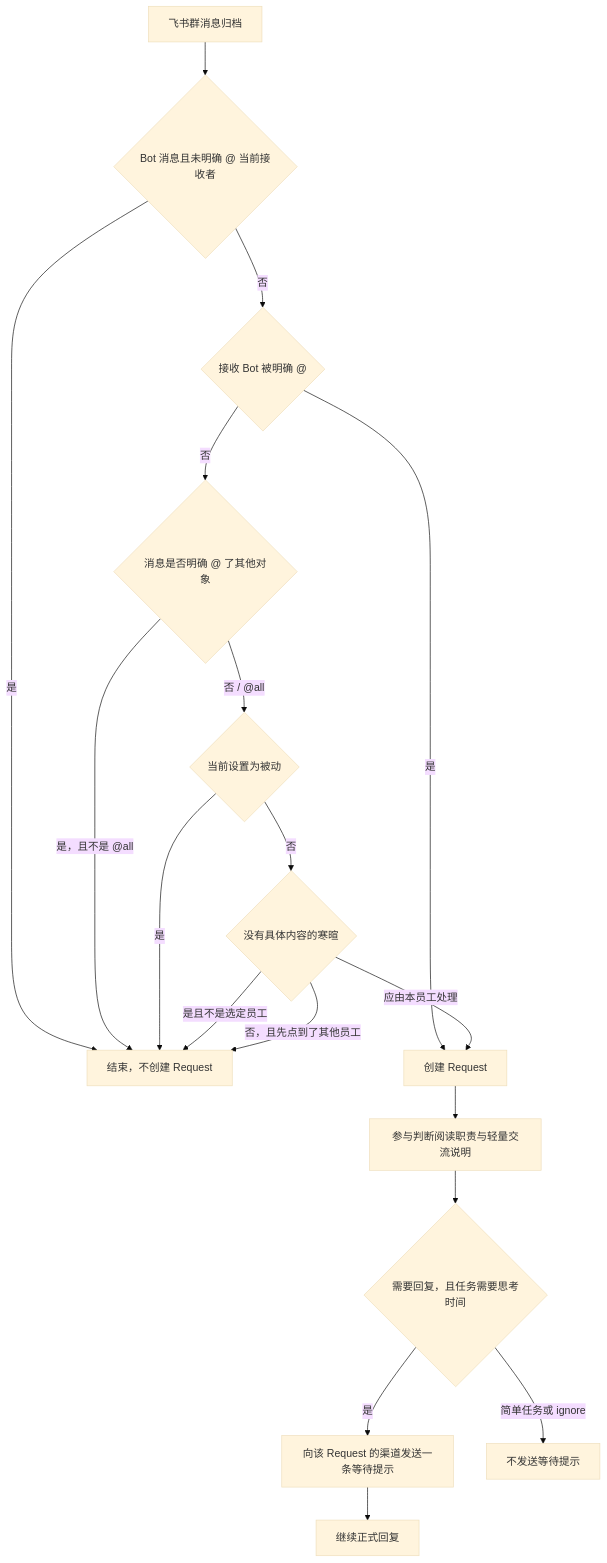
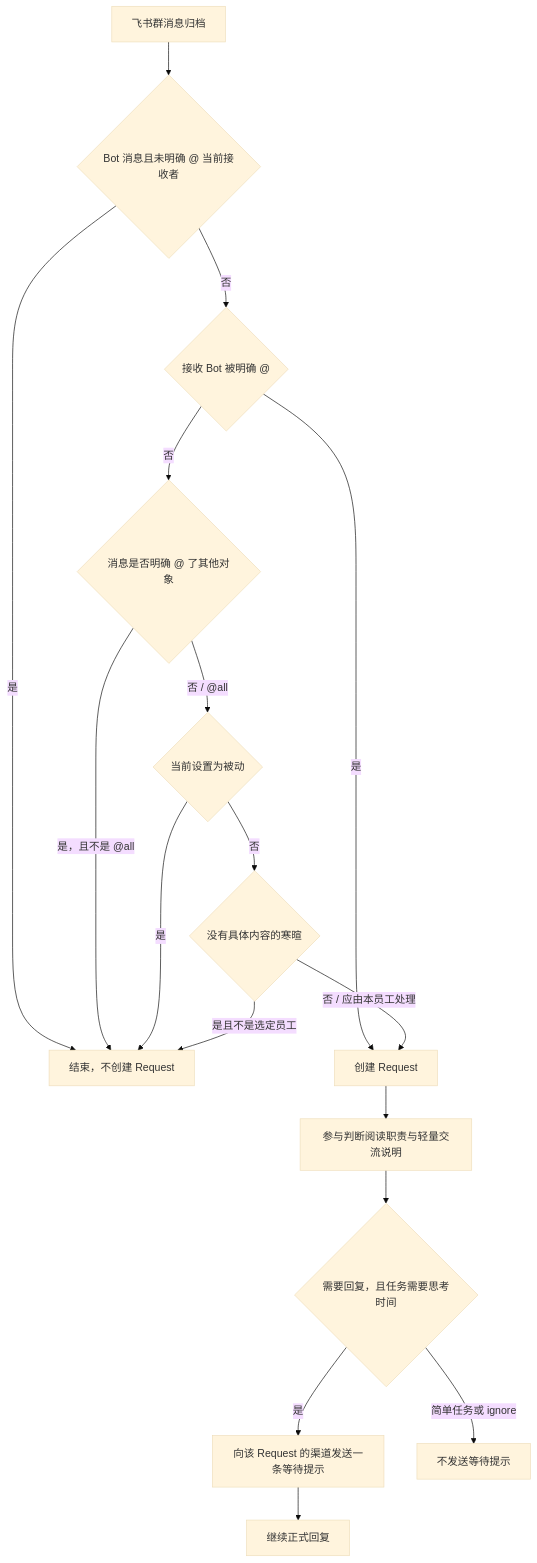
Before and after one commit to openJiuwen-ai/jiuwenswarm: the diagram in jiuwenswarm/server/jiuwenmate/docs/features/F_23_group-reply-mode.md, drawn with Mermaid (base theme). The commit also changed other lines of this file and 24 other files, not shown here.

````diff
--- a/jiuwenswarm/server/jiuwenmate/docs/features/F_23_group-reply-mode.md
+++ b/jiuwenswarm/server/jiuwenmate/docs/features/F_23_group-reply-mode.md
@@ -42,20 +42,19 @@
 ```mermaid
 flowchart TD
     A["飞书群消息归档"] --> G{"Bot 消息且未明确 @ 当前接收者"}
     G -->|是| H["结束，不创建 Request"]
     G -->|否| B{"接收 Bot 被明确 @"}
     B -->|是| R["创建 Request"]
     B -->|否| M{"消息是否明确 @ 了其他对象"}
     M -->|是，且不是 @all| H
     M -->|否 / @all| C{"当前设置为被动"}
     C -->|是| H
     C -->|否| D{"没有具体内容的寒暄"}
     D -->|是且不是选定员工| H
-    D -->|否，且先点到了其他员工| H
-    D -->|应由本员工处理| R
+    D -->|否 / 应由本员工处理| R
     R --> P["参与判断阅读职责与轻量交流说明"]
     P --> N{"需要回复，且任务需要思考时间"}
     N -->|是| W["向该 Request 的渠道发送一条等待提示"]
     N -->|简单任务或 ignore| S["不发送等待提示"]
     W --> E["继续正式回复"]
 ```
````
